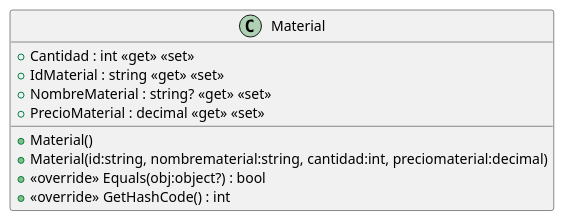
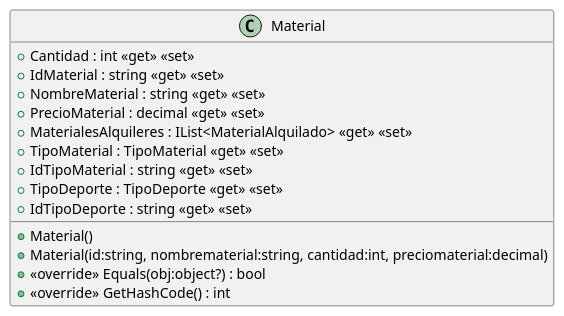
Before and after one commit to ISII2627LosIngenieros/ISII2627LosIngenieros: the diagram in src/AppForSEII.API/ClassDiagram/Material.puml, drawn with PlantUML. The commit also changed 14 other files, not shown here.

Commit message:
Se actualizó el diagrama de clases asociado

```diff
--- a/src/AppForSEII.API/ClassDiagram/Material.puml
+++ b/src/AppForSEII.API/ClassDiagram/Material.puml
@@ -1,12 +1,17 @@
 @startuml
 class Material {
     + Material()
     + Material(id:string, nombrematerial:string, cantidad:int, preciomaterial:decimal)
     + Cantidad : int <<get>> <<set>>
     + IdMaterial : string <<get>> <<set>>
-    + NombreMaterial : string? <<get>> <<set>>
+    + NombreMaterial : string <<get>> <<set>>
     + PrecioMaterial : decimal <<get>> <<set>>
+    + MaterialesAlquileres : IList<MaterialAlquilado> <<get>> <<set>>
+    + TipoMaterial : TipoMaterial <<get>> <<set>>
+    + IdTipoMaterial : string <<get>> <<set>>
+    + TipoDeporte : TipoDeporte <<get>> <<set>>
+    + IdTipoDeporte : string <<get>> <<set>>
     + <<override>> Equals(obj:object?) : bool
     + <<override>> GetHashCode() : int
 }
 @enduml
```
